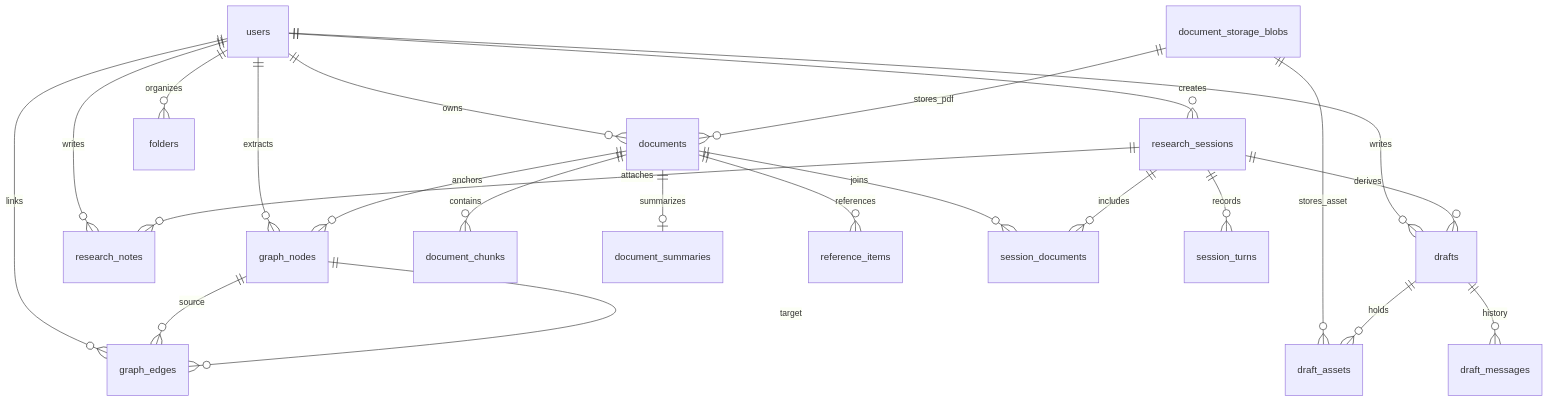
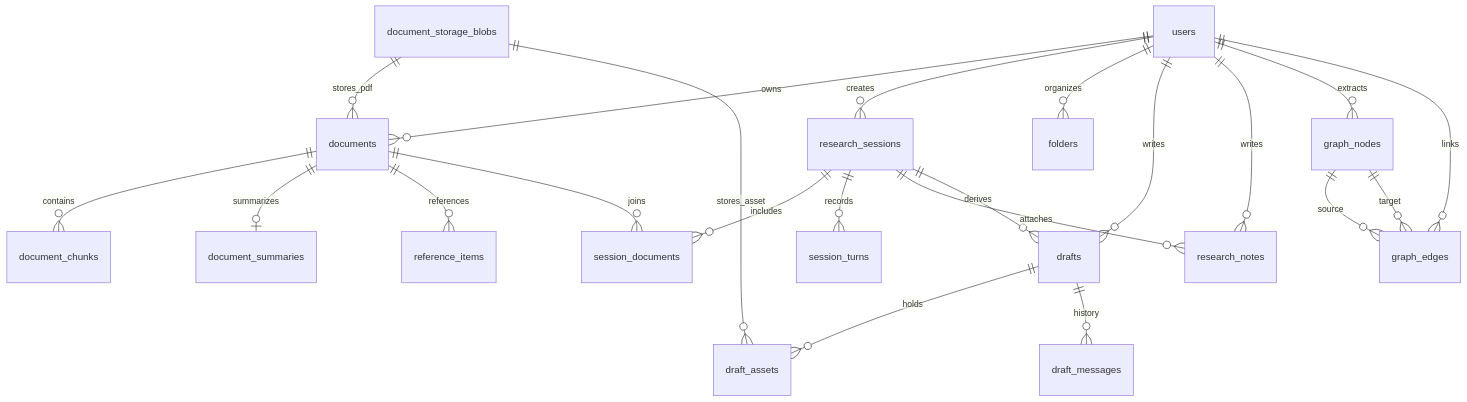
The second of 2 diagrams in docs/specs/00-foundation-architecture-and-db.md (dammanhdungvn/VeriScholar), drawn with Mermaid before and after one commit. The commit also changed other lines of this file and 20 other files, not shown here.

````diff
--- a/docs/specs/00-foundation-architecture-and-db.md
+++ b/docs/specs/00-foundation-architecture-and-db.md
@@ -94,30 +73,29 @@
 ```mermaid
 erDiagram
     users ||--o{ documents : owns
     users ||--o{ research_sessions : creates
     users ||--o{ folders : organizes
     users ||--o{ drafts : writes
     users ||--o{ research_notes : writes
     users ||--o{ graph_nodes : extracts
     users ||--o{ graph_edges : links
 
     document_storage_blobs ||--o{ documents : stores_pdf
     document_storage_blobs ||--o{ draft_assets : stores_asset
 
     documents ||--o{ document_chunks : contains
     documents ||--o| document_summaries : summarizes
     documents ||--o{ reference_items : references
     documents ||--o{ session_documents : joins
-    documents ||--o{ graph_nodes : anchors
 
     research_sessions ||--o{ session_documents : includes
     research_sessions ||--o{ session_turns : records
     research_sessions ||--o{ research_notes : attaches
     research_sessions ||--o{ drafts : derives
 
     drafts ||--o{ draft_assets : holds
     drafts ||--o{ draft_messages : history
 
     graph_nodes ||--o{ graph_edges : source
     graph_nodes ||--o{ graph_edges : target
 ```
````
